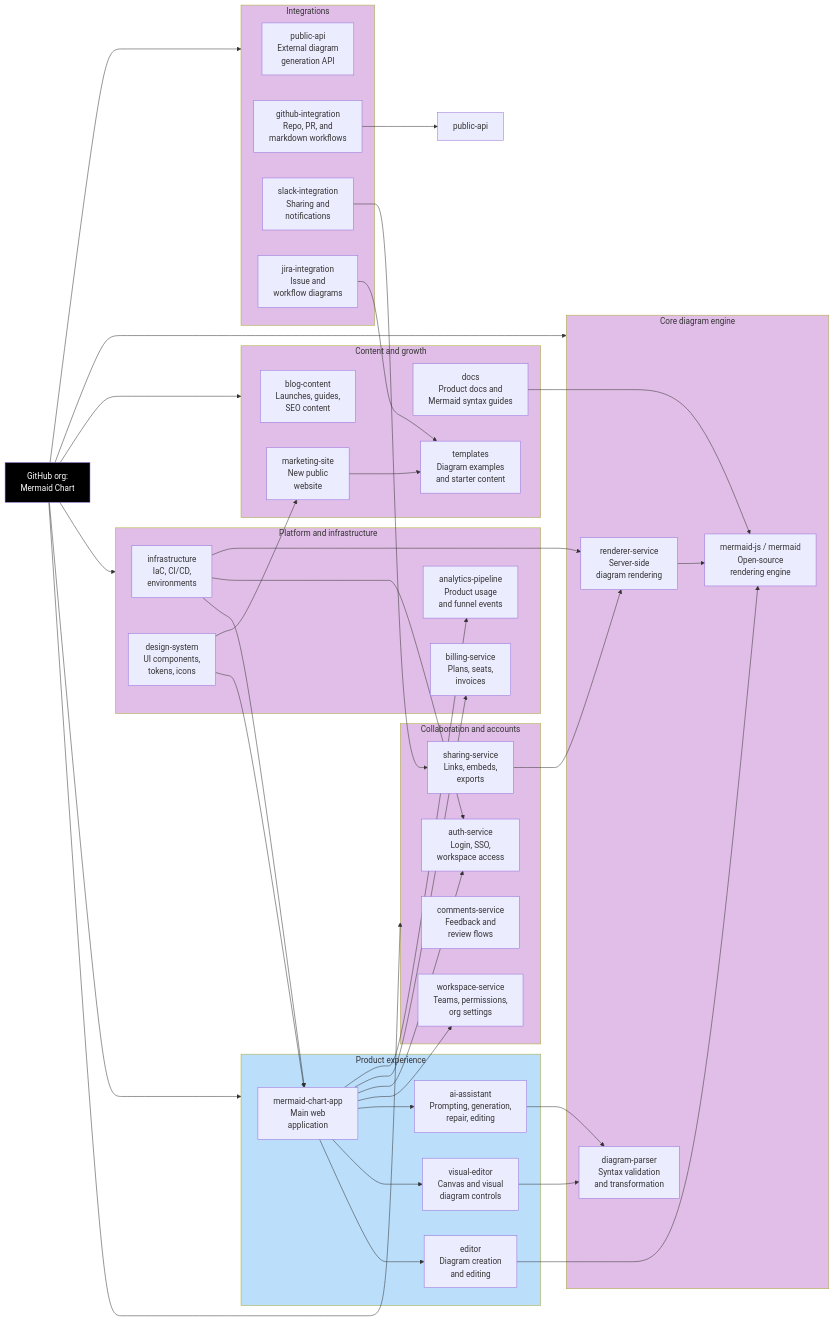
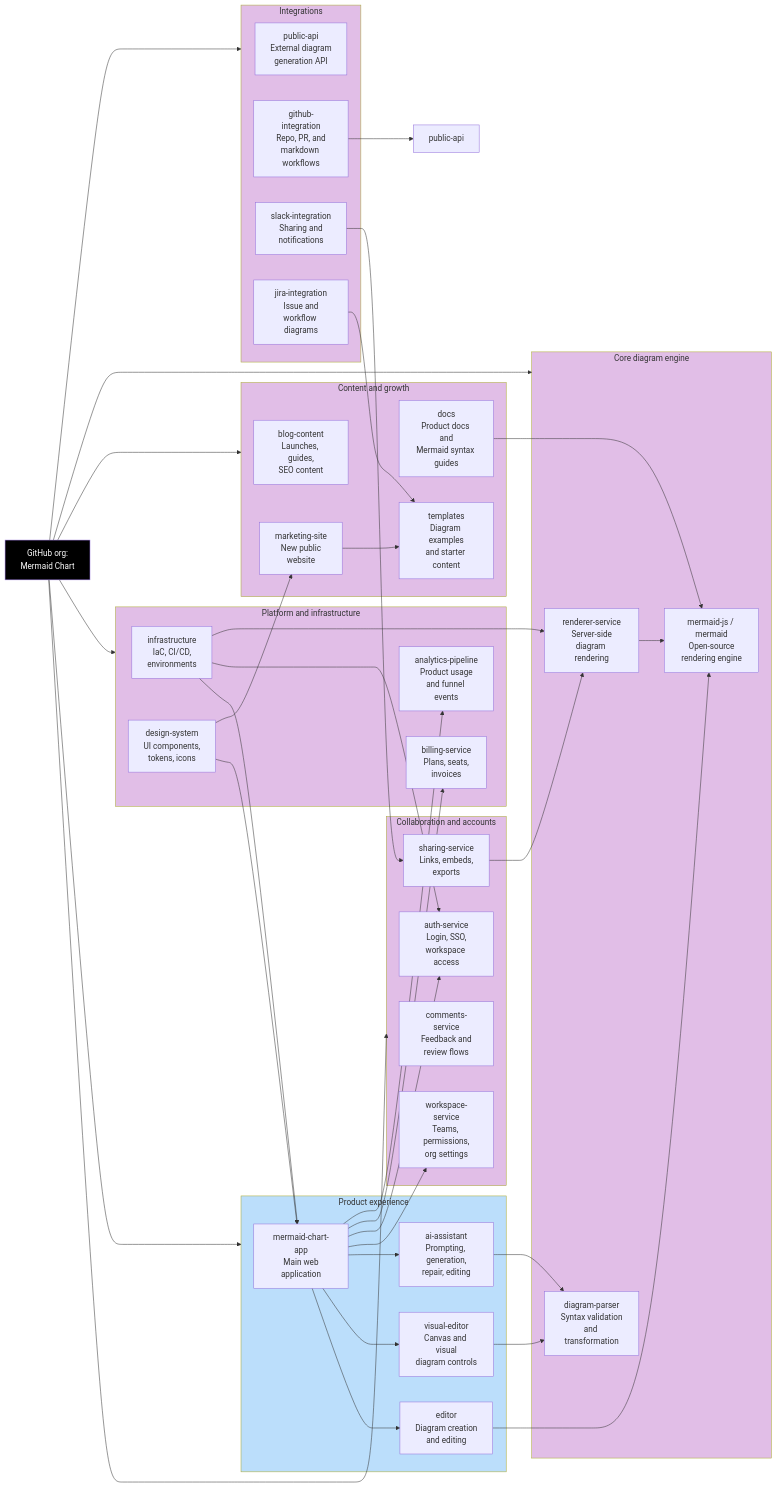
One commit to mermaid-js/mermaid changed the diagram in e2e/platform/dev-diagrams/layout-tests/elk-edge-cases/many-subgraphs-and-edges.mmd. Above: the diagram before and after it, drawn with Mermaid. The commit also changed 1 other file, not shown here.

```diff
--- a/e2e/platform/dev-diagrams/layout-tests/elk-edge-cases/many-subgraphs-and-edges.mmd
+++ b/e2e/platform/dev-diagrams/layout-tests/elk-edge-cases/many-subgraphs-and-edges.mmd
@@ -1,63 +1,65 @@
 ---
 config:
+  flowchart:
+    wrappingWidth: 125
   elk:
     mergeEdges2: true
 ---
 flowchart LR
  subgraph integrations["Integrations"]
         publicApi["public-api<br>External diagram<br>generation API"]
         githubIntegration["github-integration<br>Repo, PR, and<br>markdown workflows"]
         slackIntegration["slack-integration<br>Sharing and<br>notifications"]
         jiraIntegration["jira-integration<br>Issue and<br>workflow diagrams"]
   end
  subgraph collaboration["Collaboration and accounts"]
         commentsService["comments-service<br>Feedback and<br>review flows"]
         sharingService["sharing-service<br>Links, embeds,<br>exports"]
         workspaceService["workspace-service<br>Teams, permissions,<br>org settings"]
         authService["auth-service<br>Login, SSO,<br>workspace access"]
   end
  subgraph product["Product experience"]
         app["mermaid-chart-app<br>Main web<br>application"]
         editor["editor<br>Diagram creation<br>and editing"]
         visualEditor["visual-editor<br>Canvas and visual<br>diagram controls"]
         aiAssistant["ai-assistant<br>Prompting, generation,<br>repair, editing"]
   end
  subgraph platform["Platform and infrastructure"]
         infrastructure["infrastructure<br>IaC, CI/CD,<br>environments"]
         analytics["analytics-pipeline<br>Product usage<br>and funnel events"]
         billing["billing-service<br>Plans, seats,<br>invoices"]
         designSystem["design-system<br>UI components,<br>tokens, icons"]
   end
  subgraph content["Content and growth"]
         blog["blog-content<br>Launches, guides,<br>SEO content"]
         docs["docs<br>Product docs and<br>Mermaid syntax guides"]
         marketing["marketing-site<br>New public<br>website"]
         templates["templates<br>Diagram examples<br>and starter content"]
   end
  subgraph engine["Core diagram engine"]
         renderer["renderer-service<br>Server-side<br>diagram rendering"]
         mermaidJs["mermaid-js / mermaid<br>Open-source<br>rendering engine"]
         parser["diagram-parser<br>Syntax validation<br>and transformation"]
   end
     ghorg["GitHub org:<br>Mermaid Chart"] --> collaboration & product & platform & content & engine & integrations
     designSystem --> app & marketing
     infrastructure --> app & authService & renderer
     app --> editor & visualEditor & aiAssistant & workspaceService & authService & billing & analytics
     sharingService --> renderer
     renderer --> mermaidJs
     marketing --> templates
     docs --> mermaidJs
     slackIntegration --> sharingService
     githubIntegration --> n1["public-api"]
     jiraIntegration --> templates
     editor --> mermaidJs
     visualEditor --> parser
     aiAssistant --> parser
     n1@{ shape: rect}
     style ghorg fill:#000000,color:#ffffff
     style collaboration fill:#E1BEE7
     style product fill:#BBDEFB
     style platform fill:#E1BEE7
     style content fill:#E1BEE7
     style engine fill:#E1BEE7
     style integrations fill:#E1BEE7
```
